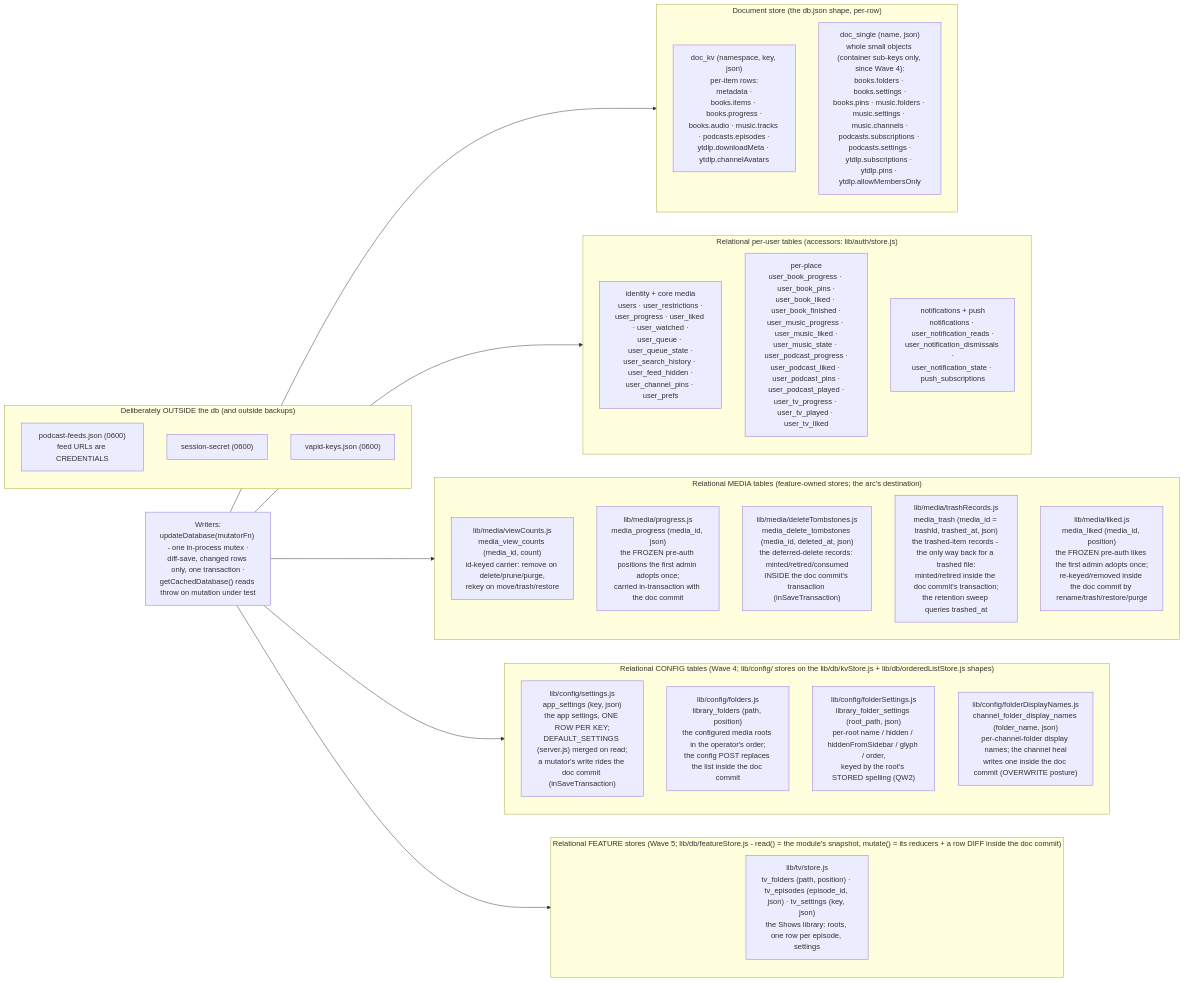
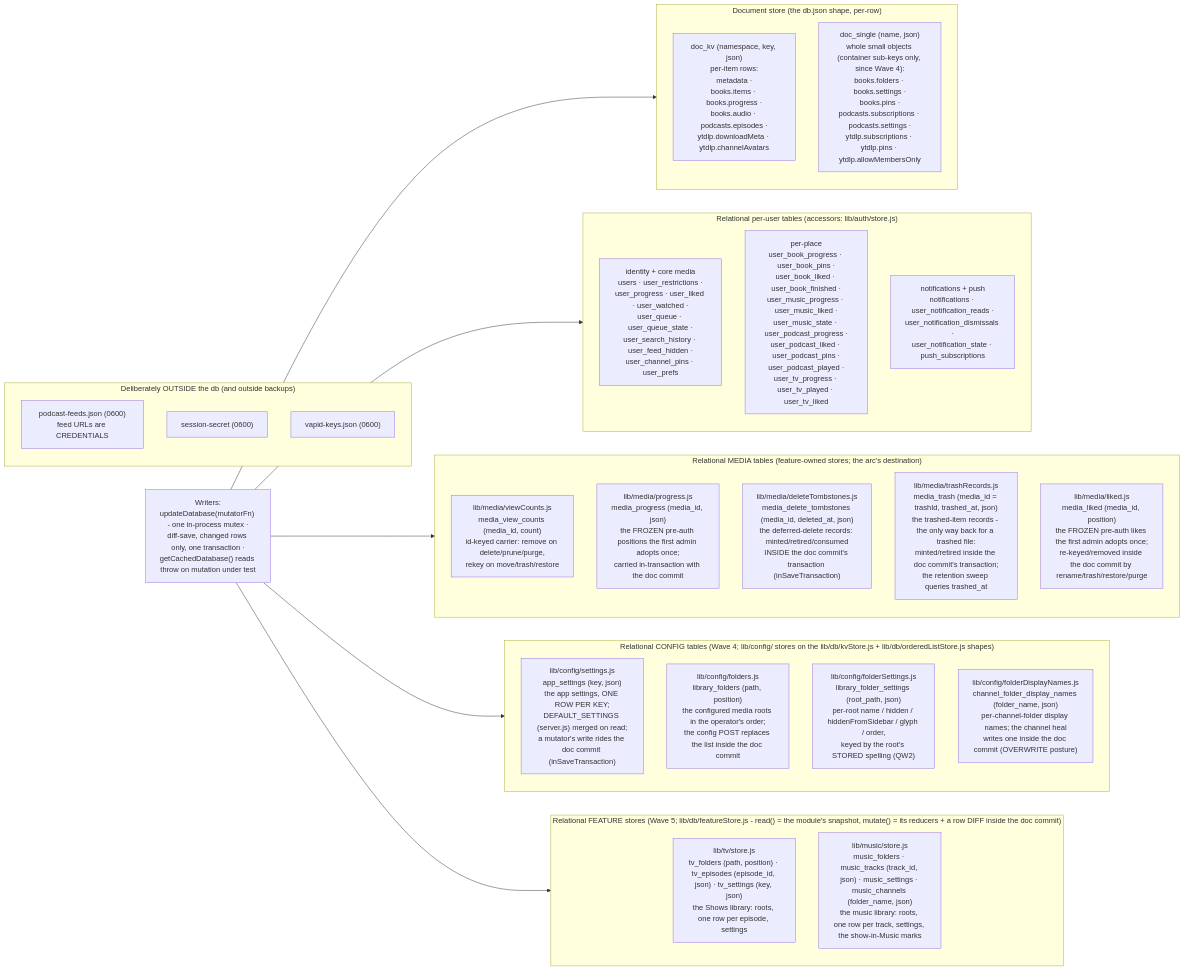
One commit to dtammam/filetube changed the second of 6 diagrams in docs/DIAGRAMS.md. Above: the diagram before and after it, drawn with Mermaid. The commit also changed other lines of this file and 24 other files, not shown here.

````diff
--- a/docs/DIAGRAMS.md
+++ b/docs/DIAGRAMS.md
@@ -105,46 +105,47 @@
 ```mermaid
 flowchart LR
     subgraph DOC["Document store (the db.json shape, per-row)"]
-        KV["doc_kv (namespace, key, json)<br/>per-item rows:<br/>metadata ·<br/>books.items · books.progress ·<br/>books.audio · music.tracks · podcasts.episodes ·<br/>ytdlp.downloadMeta · ytdlp.channelAvatars"]
-        SINGLE["doc_single (name, json)<br/>whole small objects (container sub-keys only, since Wave 4):<br/>books.folders · books.settings ·<br/>books.pins · music.folders · music.settings · music.channels ·<br/>podcasts.subscriptions · podcasts.settings ·<br/>ytdlp.subscriptions · ytdlp.pins · ytdlp.allowMembersOnly"]
+        KV["doc_kv (namespace, key, json)<br/>per-item rows:<br/>metadata ·<br/>books.items · books.progress ·<br/>books.audio · podcasts.episodes ·<br/>ytdlp.downloadMeta · ytdlp.channelAvatars"]
+        SINGLE["doc_single (name, json)<br/>whole small objects (container sub-keys only, since Wave 4):<br/>books.folders · books.settings ·<br/>books.pins ·<br/>podcasts.subscriptions · podcasts.settings ·<br/>ytdlp.subscriptions · ytdlp.pins · ytdlp.allowMembersOnly"]
     end
 
     subgraph REL["Relational per-user tables (accessors: lib/auth/store.js)"]
         CORE["identity + core media<br/>users · user_restrictions ·<br/>user_progress · user_liked · user_watched ·<br/>user_queue · user_queue_state ·<br/>user_search_history · user_feed_hidden ·<br/>user_channel_pins · user_prefs"]
         PLACEST["per-place<br/>user_book_progress · user_book_pins ·<br/>user_book_liked · user_book_finished ·<br/>user_music_progress · user_music_liked ·<br/>user_music_state · user_podcast_progress ·<br/>user_podcast_liked · user_podcast_pins ·<br/>user_podcast_played ·<br/>user_tv_progress · user_tv_played · user_tv_liked"]
         NOTIF["notifications + push<br/>notifications · user_notification_reads ·<br/>user_notification_dismissals ·<br/>user_notification_state · push_subscriptions"]
     end
 
     subgraph MEDIA["Relational MEDIA tables (feature-owned stores; the arc's destination)"]
         VC["lib/media/viewCounts.js<br/>media_view_counts (media_id, count)<br/>id-keyed carrier: remove on delete/prune/purge,<br/>rekey on move/trash/restore"]
         PR["lib/media/progress.js<br/>media_progress (media_id, json)<br/>the FROZEN pre-auth positions the first admin adopts once;<br/>carried in-transaction with the doc commit"]
         DT["lib/media/deleteTombstones.js<br/>media_delete_tombstones (media_id, deleted_at, json)<br/>the deferred-delete records: minted/retired/consumed<br/>INSIDE the doc commit's transaction (inSaveTransaction)"]
         TR["lib/media/trashRecords.js<br/>media_trash (media_id = trashId, trashed_at, json)<br/>the trashed-item records - the only way back for a trashed file:<br/>minted/retired inside the doc commit's transaction;<br/>the retention sweep queries trashed_at"]
         LK["lib/media/liked.js<br/>media_liked (media_id, position)<br/>the FROZEN pre-auth likes the first admin adopts once;<br/>re-keyed/removed inside the doc commit by rename/trash/restore/purge"]
     end
 
     subgraph CONFIG["Relational CONFIG tables (Wave 4; lib/config/ stores on the lib/db/kvStore.js + lib/db/orderedListStore.js shapes)"]
         ST["lib/config/settings.js<br/>app_settings (key, json)<br/>the app settings, ONE ROW PER KEY;<br/>DEFAULT_SETTINGS (server.js) merged on read;<br/>a mutator's write rides the doc commit (inSaveTransaction)"]
         FO["lib/config/folders.js<br/>library_folders (path, position)<br/>the configured media roots in the operator's order;<br/>the config POST replaces the list inside the doc commit"]
         FS["lib/config/folderSettings.js<br/>library_folder_settings (root_path, json)<br/>per-root name / hidden / hiddenFromSidebar / glyph / order,<br/>keyed by the root's STORED spelling (QW2)"]
         FD["lib/config/folderDisplayNames.js<br/>channel_folder_display_names (folder_name, json)<br/>per-channel-folder display names; the channel heal<br/>writes one inside the doc commit (OVERWRITE posture)"]
     end
 
     subgraph FEATURES["Relational FEATURE stores (Wave 5; lib/db/featureStore.js - read() = the module's snapshot, mutate() = its reducers + a row DIFF inside the doc commit)"]
         TV["lib/tv/store.js<br/>tv_folders (path, position) · tv_episodes (episode_id, json) · tv_settings (key, json)<br/>the Shows library: roots, one row per episode, settings"]
+        MU["lib/music/store.js<br/>music_folders · music_tracks (track_id, json) · music_settings · music_channels (folder_name, json)<br/>the music library: roots, one row per track, settings, the show-in-Music marks"]
     end
 
     subgraph OUT["Deliberately OUTSIDE the db (and outside backups)"]
         FEEDS["podcast-feeds.json (0600)<br/>feed URLs are CREDENTIALS"]
         SS["session-secret (0600)"]
         VAPID["vapid-keys.json (0600)"]
     end
 
     WRITERS["Writers:<br/>updateDatabase(mutatorFn) - one in-process mutex ·<br/>diff-save, changed rows only, one transaction ·<br/>getCachedDatabase() reads throw on mutation under test"]
 
     WRITERS --> DOC
     WRITERS --> REL
     WRITERS --> MEDIA
     WRITERS --> CONFIG
     WRITERS --> FEATURES
 ```
````
